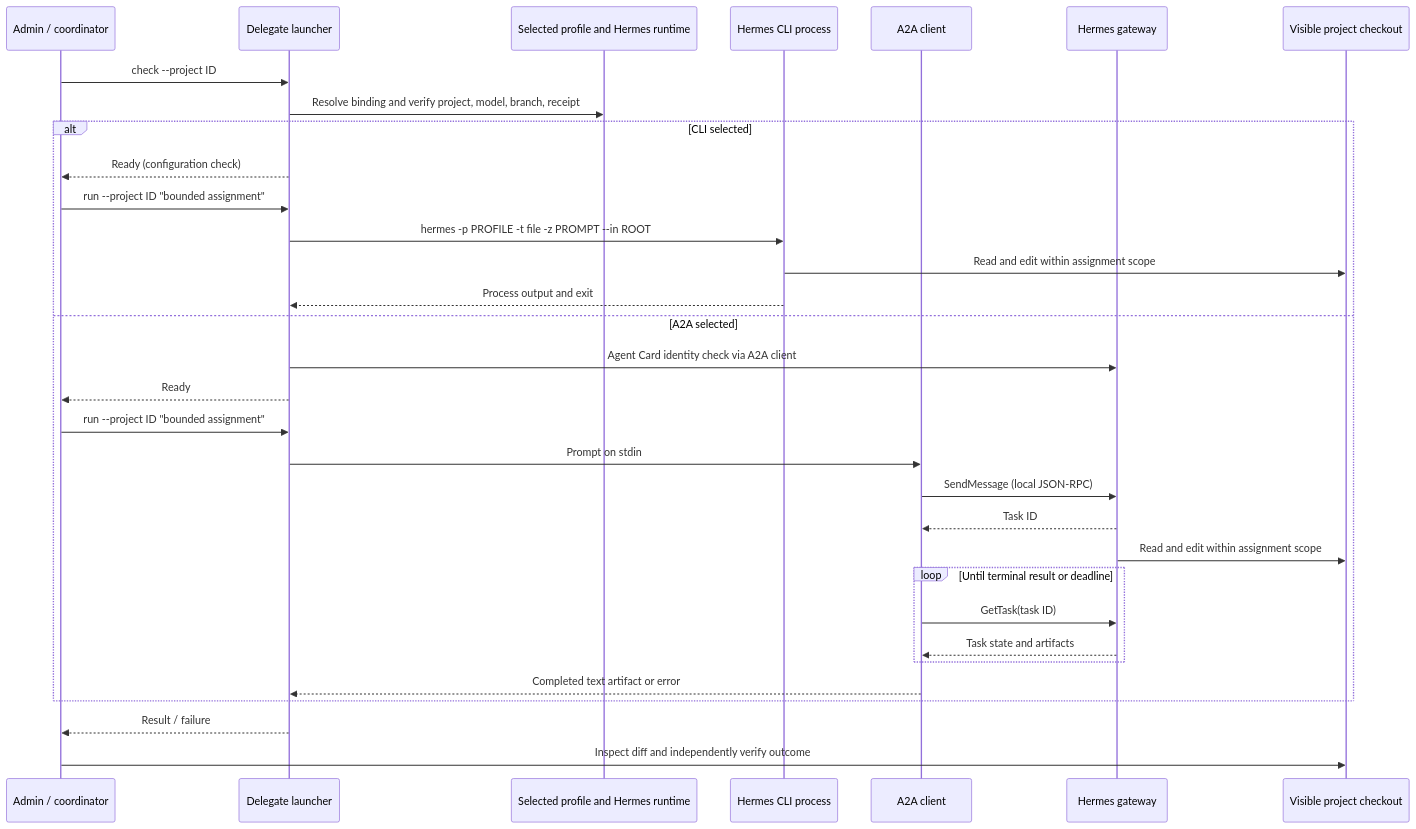
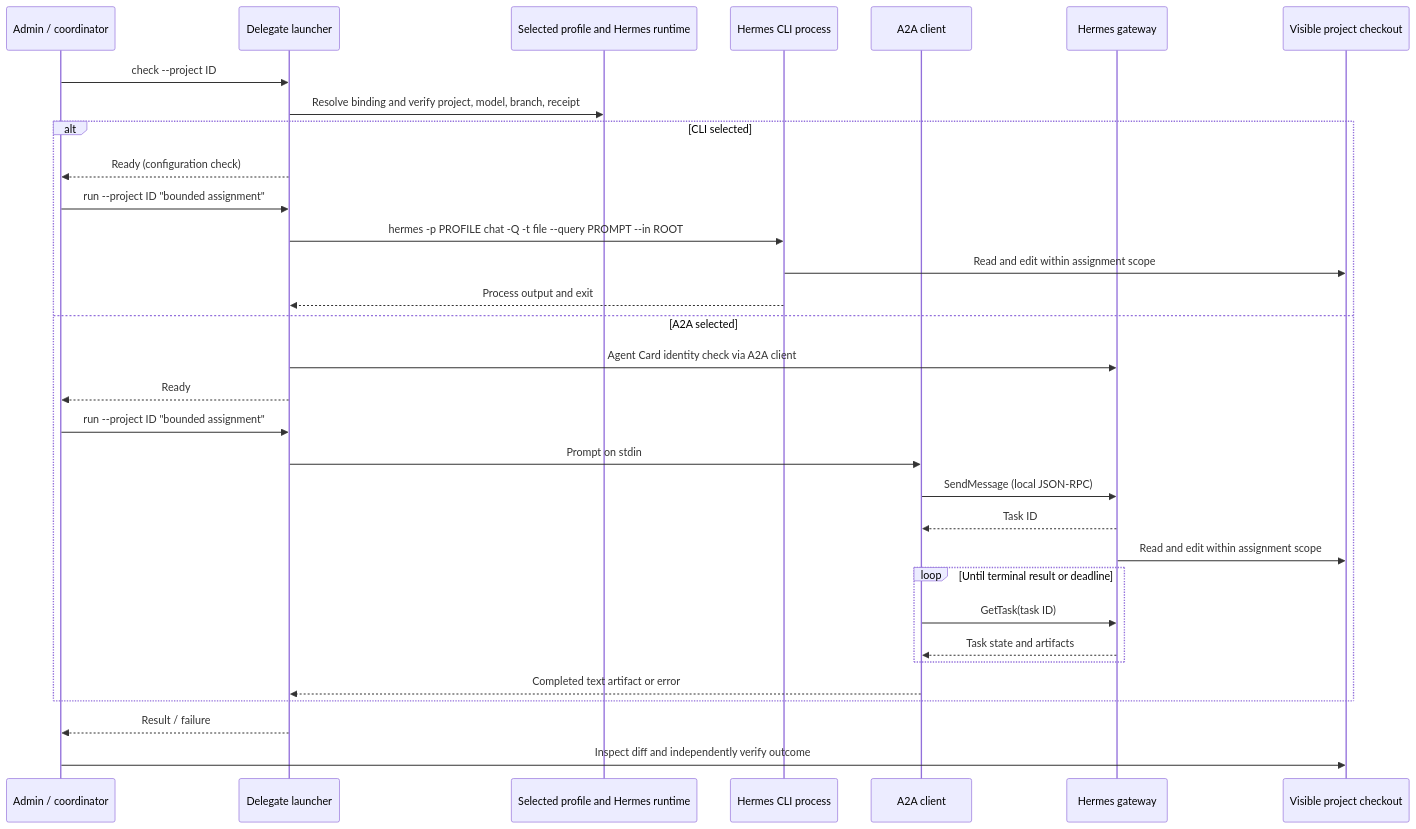
The second of 2 diagrams in ai-commands/system/hermes-agents/delegation-architecture.md (starodubtsevconsulting/ai-fleas), drawn with Mermaid before and after one commit. The commit also changed other lines of this file and 6 other files, not shown here.

````diff
--- a/ai-commands/system/hermes-agents/delegation-architecture.md
+++ b/ai-commands/system/hermes-agents/delegation-architecture.md
@@ -29,34 +31,34 @@
 ```mermaid
 sequenceDiagram
   participant A as Admin / coordinator
   participant L as Delegate launcher
   participant P as Selected profile and Hermes runtime
   participant C as Hermes CLI process
   participant X as A2A client
   participant G as Hermes gateway
   participant F as Visible project checkout
   A->>L: check --project ID
   L->>P: Resolve binding and verify project, model, branch, receipt
   alt CLI selected
     L-->>A: Ready (configuration check)
     A->>L: run --project ID "bounded assignment"
-    L->>C: hermes -p PROFILE -t file -z PROMPT --in ROOT
+    L->>C: hermes -p PROFILE chat -Q -t file --query PROMPT --in ROOT
     C->>F: Read and edit within assignment scope
     C-->>L: Process output and exit
   else A2A selected
     L->>G: Agent Card identity check via A2A client
     L-->>A: Ready
     A->>L: run --project ID "bounded assignment"
     L->>X: Prompt on stdin
     X->>G: SendMessage (local JSON-RPC)
     G-->>X: Task ID
     G->>F: Read and edit within assignment scope
     loop Until terminal result or deadline
       X->>G: GetTask(task ID)
       G-->>X: Task state and artifacts
     end
     X-->>L: Completed text artifact or error
   end
   L-->>A: Result / failure
   A->>F: Inspect diff and independently verify outcome
 ```
````
